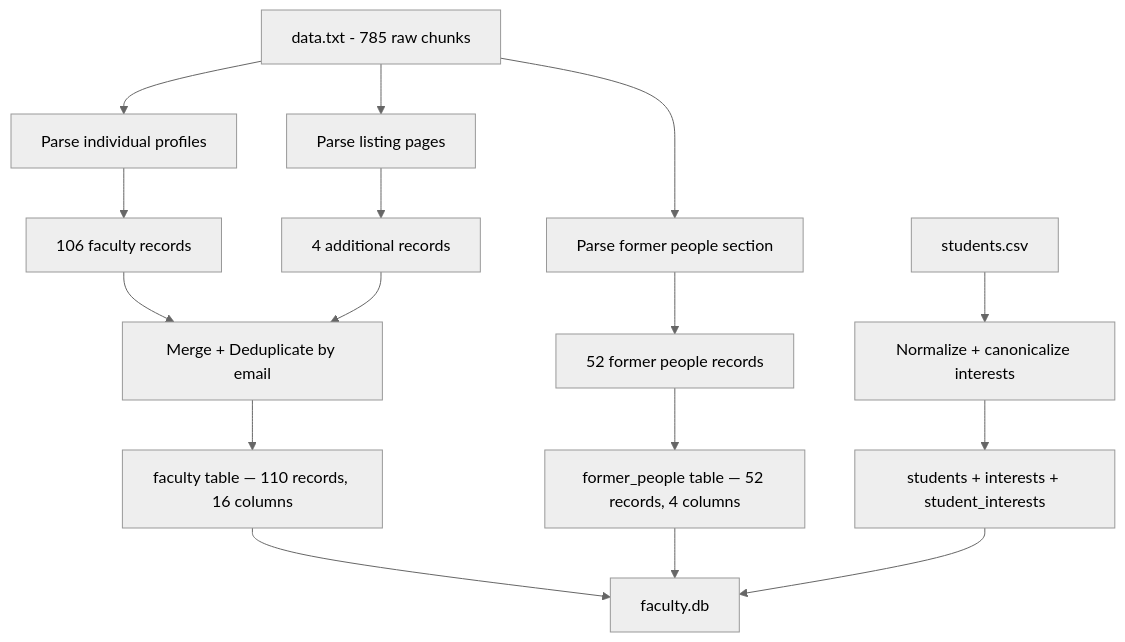
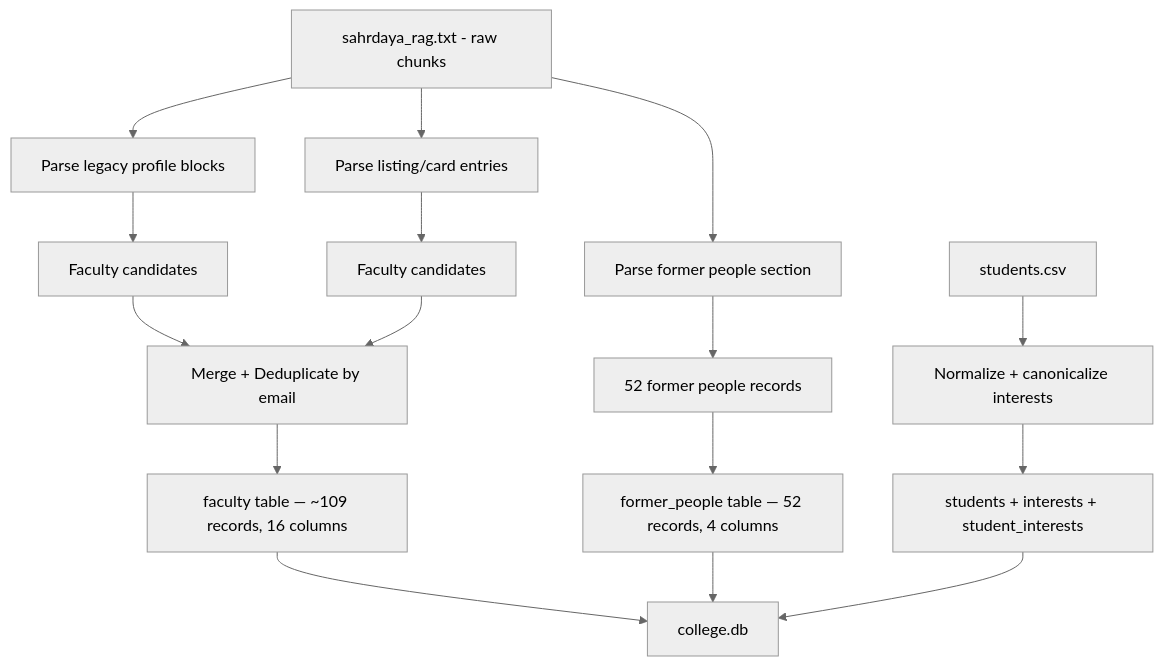
One commit to arxhr007/sahrdaya_ragx changed diagram 14 of 17 in WORKING.md. Above: the diagram before and after it, drawn with Mermaid (neutral theme). The commit also changed other lines of this file and 19 other files, not shown here.

````diff
--- a/WORKING.md
+++ b/WORKING.md
@@ -718,18 +721,18 @@
 ```mermaid
 flowchart TD
-    A[data.txt - 785 raw chunks] --> B[Parse individual profiles]
-    A --> C[Parse listing pages]
+    A[sahrdaya_rag.txt - raw chunks] --> B[Parse legacy profile blocks]
+    A --> C[Parse listing/card entries]
     A --> FP[Parse former people section]
   SCSV[students.csv] --> ST[Normalize + canonicalize interests]
-    B --> D[106 faculty records]
-    C --> E[4 additional records]
+    B --> D[Faculty candidates]
+    C --> E[Faculty candidates]
     FP --> FPR[52 former people records]
     D --> F[Merge + Deduplicate by email]
     E --> F
-    F --> G["faculty table — 110 records, 16 columns"]
+    F --> G["faculty table — ~109 records, 16 columns"]
     FPR --> H["former_people table — 52 records, 4 columns"]
   ST --> ST2["students + interests + student_interests"]
-    G --> I[faculty.db]
+    G --> I[college.db]
     H --> I
   ST2 --> I
 ```
````
